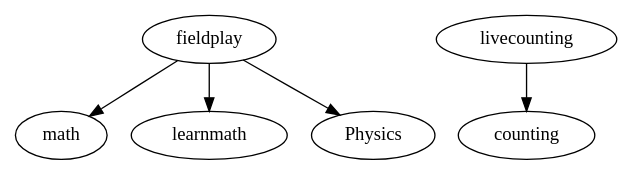
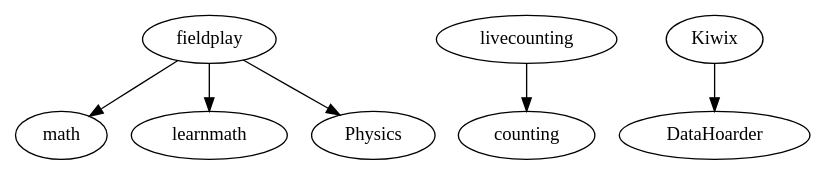
The diagram in graph/add/new-nodes.dot (anvaka/map-of-reddit-data), drawn with Graphviz before and after one commit. The commit also changed 1 other file, not shown here.

Commit message:
Added /r/Kiwix

```diff
--- a/graph/add/new-nodes.dot
+++ b/graph/add/new-nodes.dot
@@ -1,6 +1,7 @@
 digraph Add {
   "fieldplay" -> "math" ["weight"=1]
   "fieldplay" -> "learnmath" ["weight"=1]
   "fieldplay" -> "Physics" ["weight"=1]
   "livecounting" -> "counting" ["weight"=1]
+  "Kiwix" -> "DataHoarder" ["weight"=1]
 }
```
